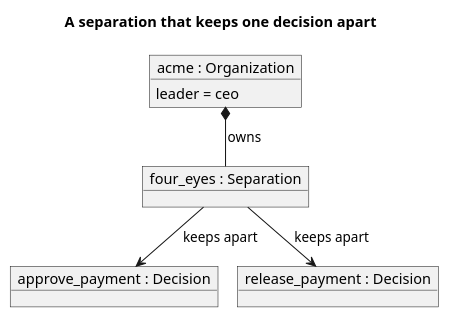
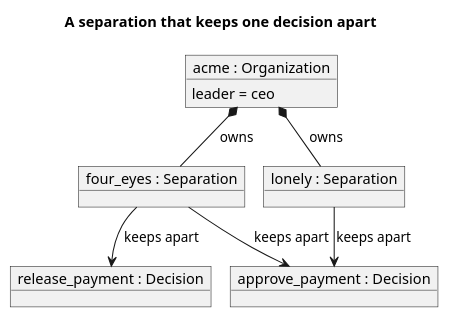
One commit to zoetsekas/agentic-organization changed the diagram in docs/metamodel/scenarios/separation_of_one.puml. Above: the diagram before and after it, drawn with PlantUML. The commit also changed 24 other files, not shown here.

```diff
--- a/docs/metamodel/scenarios/separation_of_one.puml
+++ b/docs/metamodel/scenarios/separation_of_one.puml
@@ -1,13 +1,16 @@
 @startuml separation_of_one
 !pragma layout smetana
 title A separation that keeps one decision apart
 object "four_eyes : Separation" as separation_four_eyes
+object "lonely : Separation" as separation_lonely
 object "acme : Organization" as organization_acme {
   leader = ceo
 }
 object "approve_payment : Decision" as decision_approve_payment
 object "release_payment : Decision" as decision_release_payment
 organization_acme *-- separation_four_eyes : owns
+organization_acme *-- separation_lonely : owns
 separation_four_eyes --> decision_approve_payment : keeps apart
 separation_four_eyes --> decision_release_payment : keeps apart
+separation_lonely --> decision_approve_payment : keeps apart
 @enduml
```
